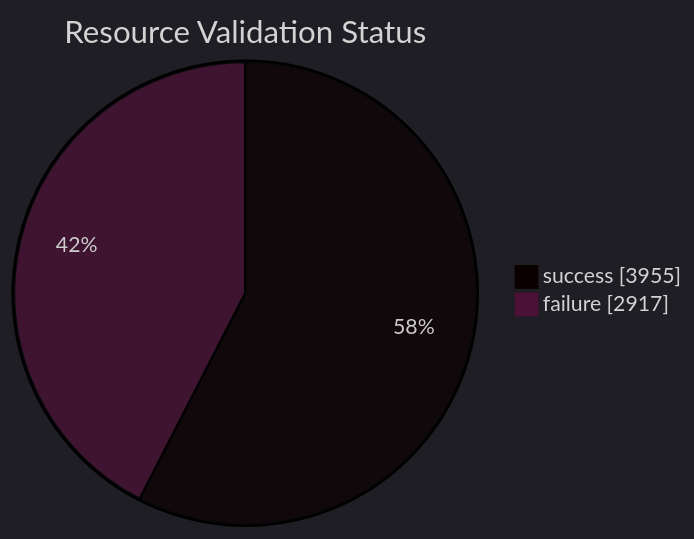
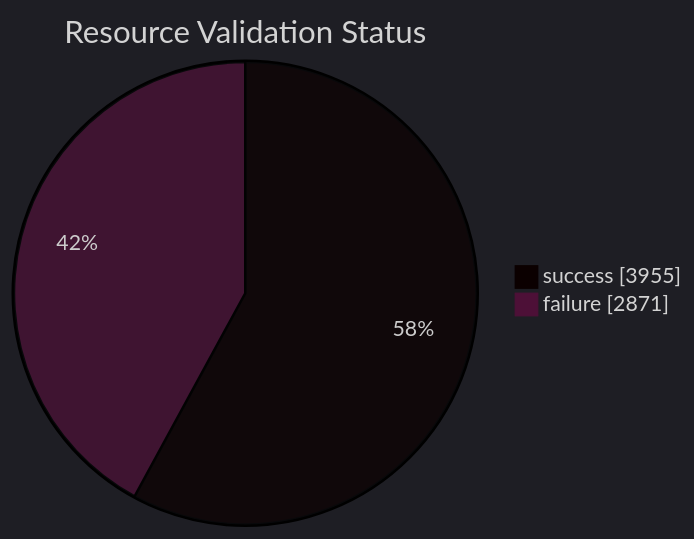
Before and after one commit to open-data/analytics-corporate-reporting: the first of 5 diagrams in datastore_tracker/README.md, drawn with Mermaid. The commit also changed 6 other files, not shown here.

````diff
--- a/datastore_tracker/README.md
+++ b/datastore_tracker/README.md
@@ -20,9 +20,9 @@
 ```mermaid
 ---
 config:
   theme: dark
 ---
 pie showData title Resource Validation Status
     "success": 3955
-    "failure": 2917
+    "failure": 2871
 ```
````
